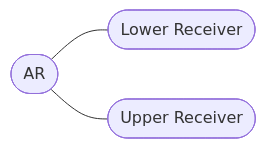
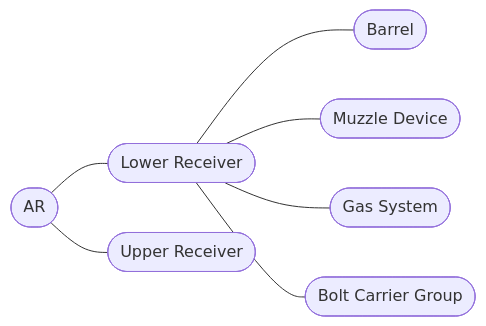
Before and after one commit to seraphdoo/BuildingGun: the diagram in README.md, drawn with Mermaid.

````diff
--- a/README.md
+++ b/README.md
@@ -3,9 +3,17 @@
 ```mermaid
 
 graph LR;
   ar([AR]);
   lo([Lower Receiver]);
   up([Upper Receiver]);
+  barr([Barrel]);
+  muzz([Muzzle Device]);
+  gas([Gas System]);
+  bolt([Bolt Carrier Group]);
   ar --- lo;
   ar --- up;
+  lo --- barr;
+  lo --- muzz;
+  lo --- gas;
+  lo --- bolt;
 ```
````
